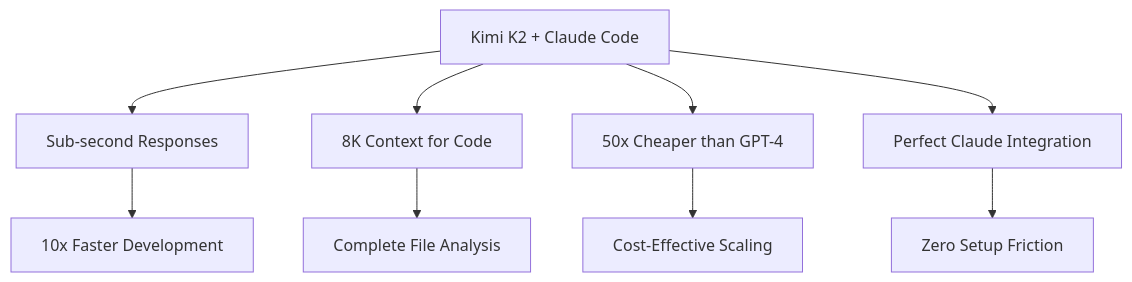
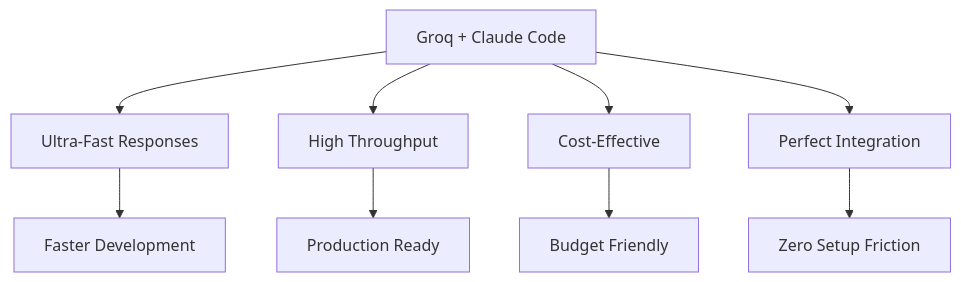
Before and after one commit to orchestre-dev/ccproxy: the diagram in docs/providers/groq.md, drawn with Mermaid. The commit also changed other lines of this file and 7 other files, not shown here.

````diff
--- a/docs/providers/groq.md
+++ b/docs/providers/groq.md
@@ -89,11 +100,11 @@
 ```mermaid
 graph TB
-    A[Kimi K2 + Claude Code] --> B[Sub-second Responses]
-    A --> C[8K Context for Code]
-    A --> D[50x Cheaper than GPT-4]
-    A --> E[Perfect Claude Integration]
-    B --> F[10x Faster Development]
-    C --> G[Complete File Analysis]
-    D --> H[Cost-Effective Scaling]
+    A[Groq + Claude Code] --> B[Ultra-Fast Responses]
+    A --> C[High Throughput]
+    A --> D[Cost-Effective]
+    A --> E[Perfect Integration]
+    B --> F[Faster Development]
+    C --> G[Production Ready]
+    D --> H[Budget Friendly]
     E --> I[Zero Setup Friction]
 ```
````
